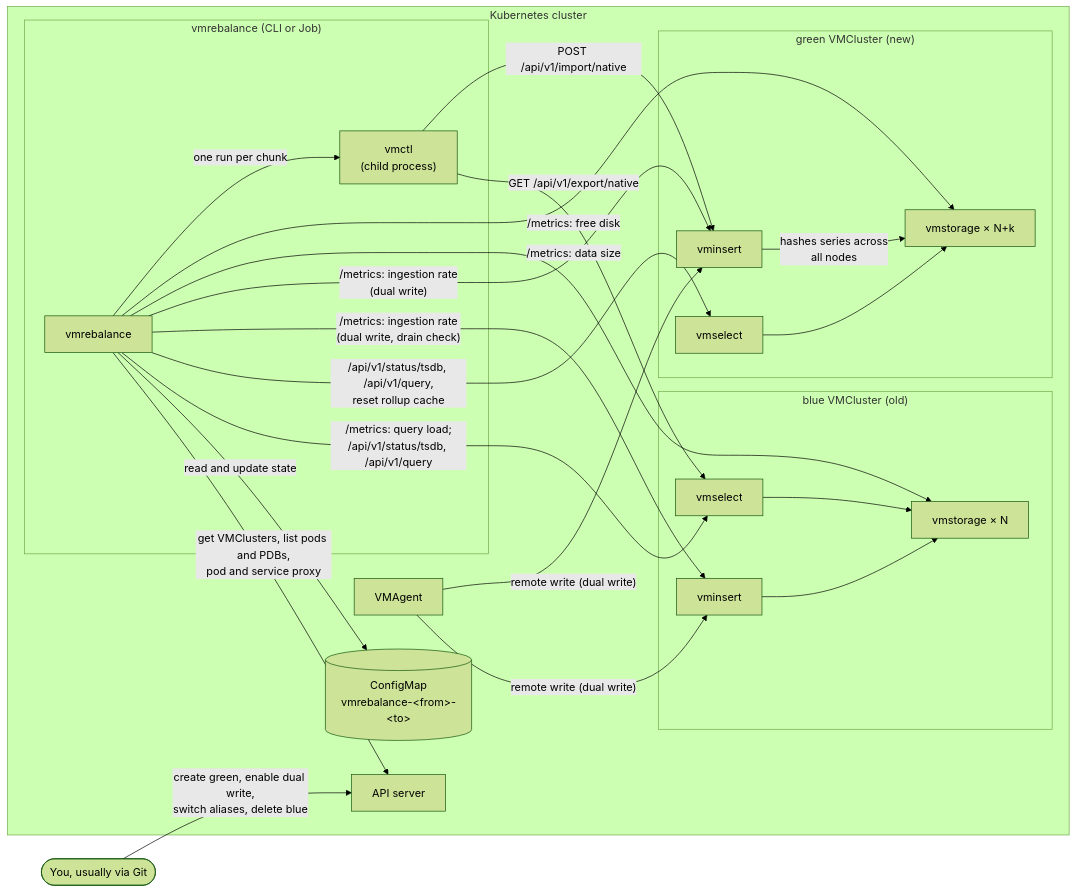
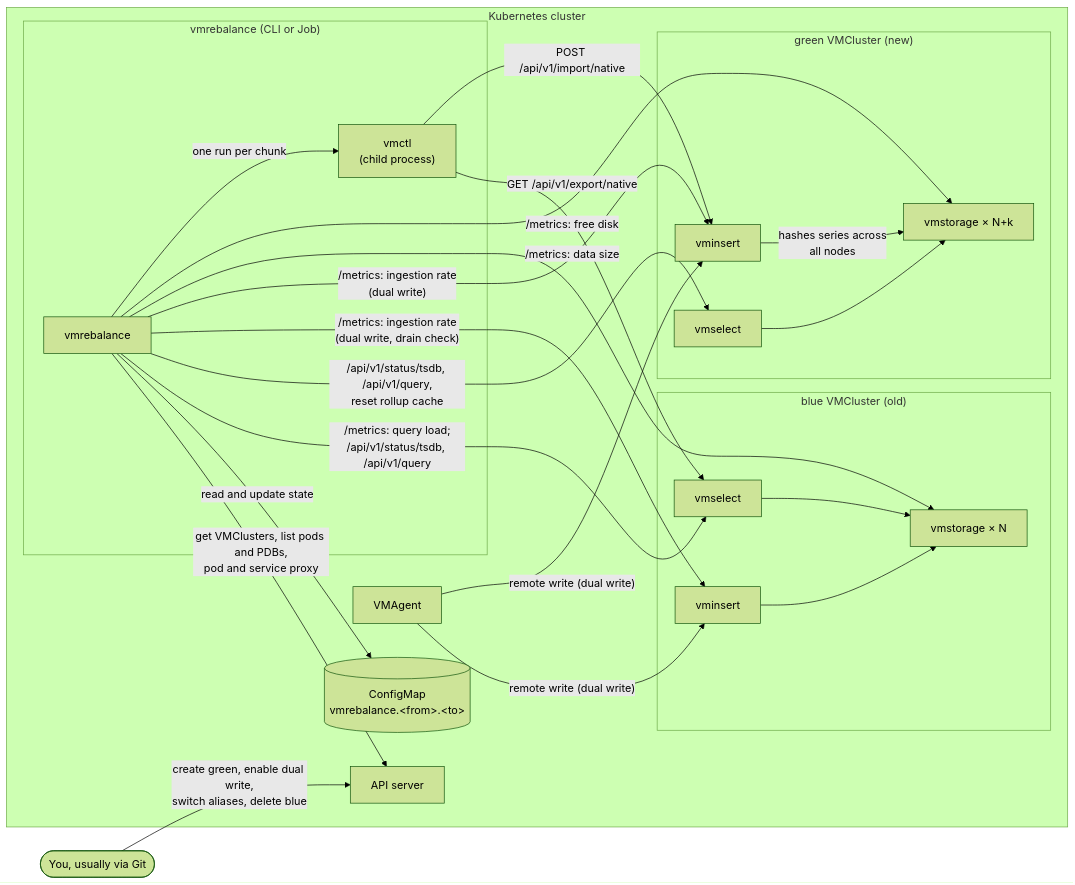
The first of 5 diagrams in docs/architecture.md (kokuwaio/victoriametrics-rebalance), drawn with Mermaid (forest theme) before and after one commit. The commit also changed other lines of this file and 21 other files, not shown here.

````diff
--- a/docs/architecture.md
+++ b/docs/architecture.md
@@ -49,47 +49,47 @@
 ```mermaid
 flowchart LR
     user(["You, usually via Git"])
 
     subgraph k8s["Kubernetes cluster"]
         api["API server"]
-        cm[("ConfigMap<br/>vmrebalance-&lt;from&gt;-&lt;to&gt;")]
+        cm[("ConfigMap<br/>vmrebalance.&lt;from&gt;.&lt;to&gt;")]
         agent["VMAgent"]
 
         subgraph blue["blue VMCluster (old)"]
             bsel["vmselect"]
             bins["vminsert"]
             bsto["vmstorage × N"]
         end
 
         subgraph green["green VMCluster (new)"]
             gsel["vmselect"]
             gins["vminsert"]
             gsto["vmstorage × N+k"]
         end
 
         subgraph tool["vmrebalance (CLI or Job)"]
             cli["vmrebalance"]
             vmctl["vmctl<br/>(child process)"]
         end
     end
 
     user -- "create green, enable dual write,<br/>switch aliases, delete blue" --> api
     agent -- "remote write (dual write)" --> bins
     agent -- "remote write (dual write)" --> gins
     bins --> bsto
     gins -- "hashes series across<br/>all nodes" --> gsto
     bsel --> bsto
     gsel --> gsto
 
     cli -- "get VMClusters, list pods and PDBs,<br/>pod and service proxy" --> api
     cli -- "read and update state" --> cm
     cli -- "/metrics: query load;<br/>/api/v1/status/tsdb, /api/v1/query" --> bsel
     cli -- "/api/v1/status/tsdb, /api/v1/query,<br/>reset rollup cache" --> gsel
     cli -- "/metrics: ingestion rate<br/>(dual write, drain check)" --> bins
     cli -- "/metrics: ingestion rate<br/>(dual write)" --> gins
     cli -- "/metrics: data size" --> bsto
     cli -- "/metrics: free disk" --> gsto
     cli -- "one run per chunk" --> vmctl
     vmctl -- "GET /api/v1/export/native" --> bsel
     vmctl -- "POST /api/v1/import/native" --> gins
 ```
````
